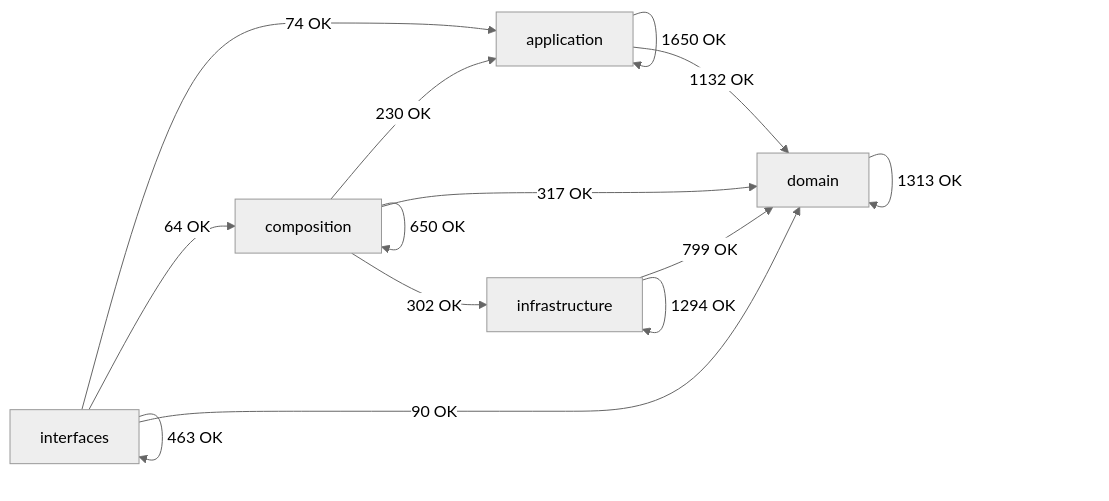
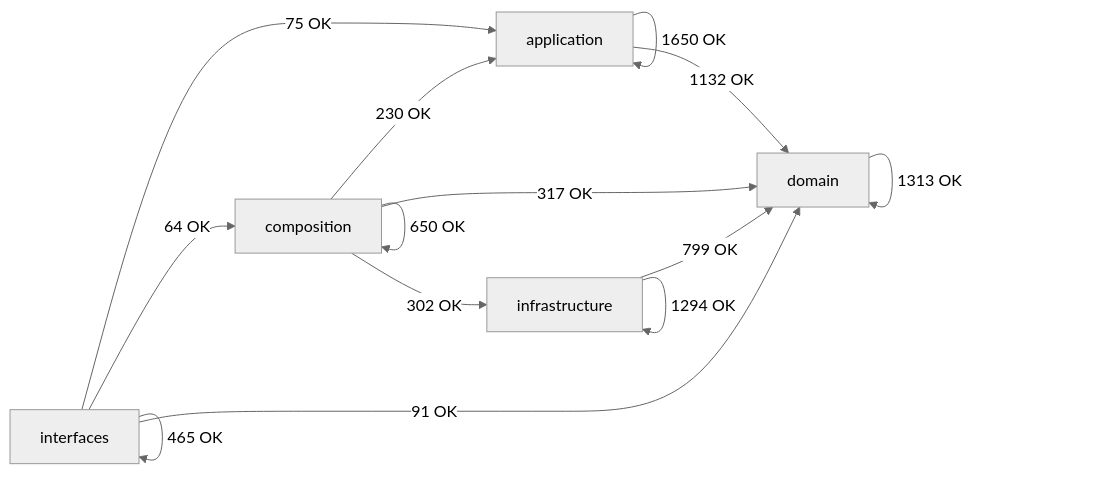
The diagram in docs/02-architecture/generated/module-dependency-map.md (SatoryKono/BioactivityDataAcquisition), drawn with Mermaid (neutral theme) before and after one commit. The commit also changed other lines of this file and 11 other files, not shown here.

````diff
--- a/docs/02-architecture/generated/module-dependency-map.md
+++ b/docs/02-architecture/generated/module-dependency-map.md
@@ -17,21 +17,21 @@
 ```mermaid
 flowchart LR
     domain[domain]
     application[application]
     infrastructure[infrastructure]
     composition[composition]
     interfaces[interfaces]
     application -->|1650 OK| application
     application -->|1132 OK| domain
     composition -->|230 OK| application
     composition -->|650 OK| composition
     composition -->|317 OK| domain
     composition -->|302 OK| infrastructure
     domain -->|1313 OK| domain
     infrastructure -->|799 OK| domain
     infrastructure -->|1294 OK| infrastructure
-    interfaces -->|74 OK| application
+    interfaces -->|75 OK| application
     interfaces -->|64 OK| composition
-    interfaces -->|90 OK| domain
-    interfaces -->|463 OK| interfaces
+    interfaces -->|91 OK| domain
+    interfaces -->|465 OK| interfaces
 ```
````
